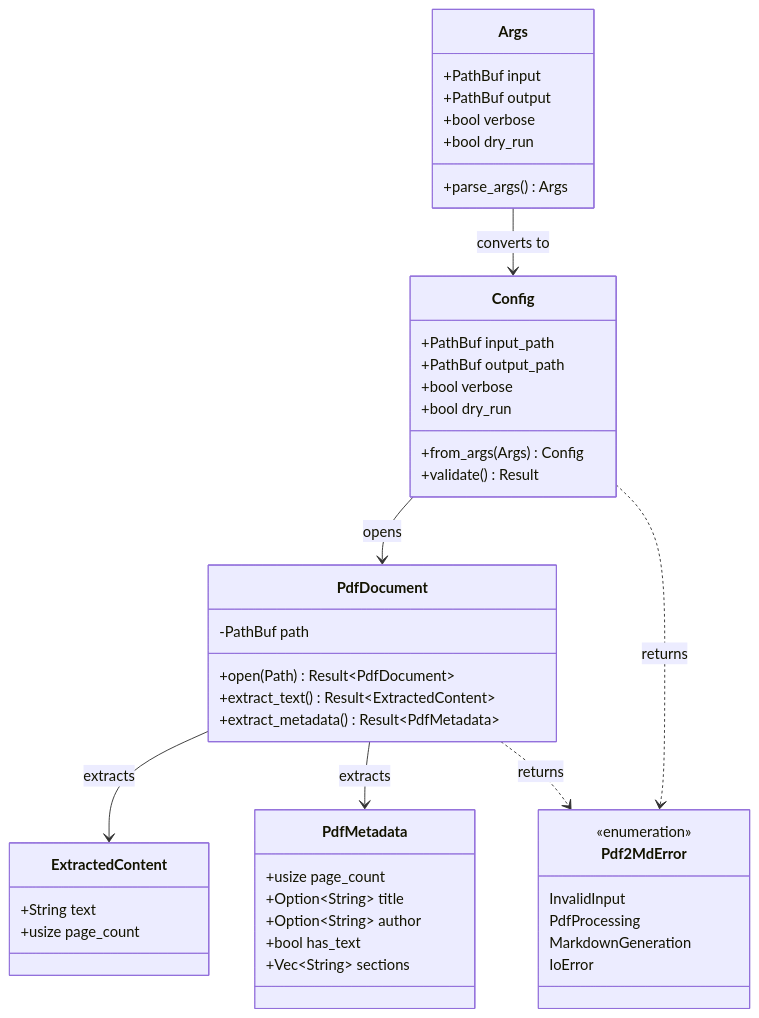
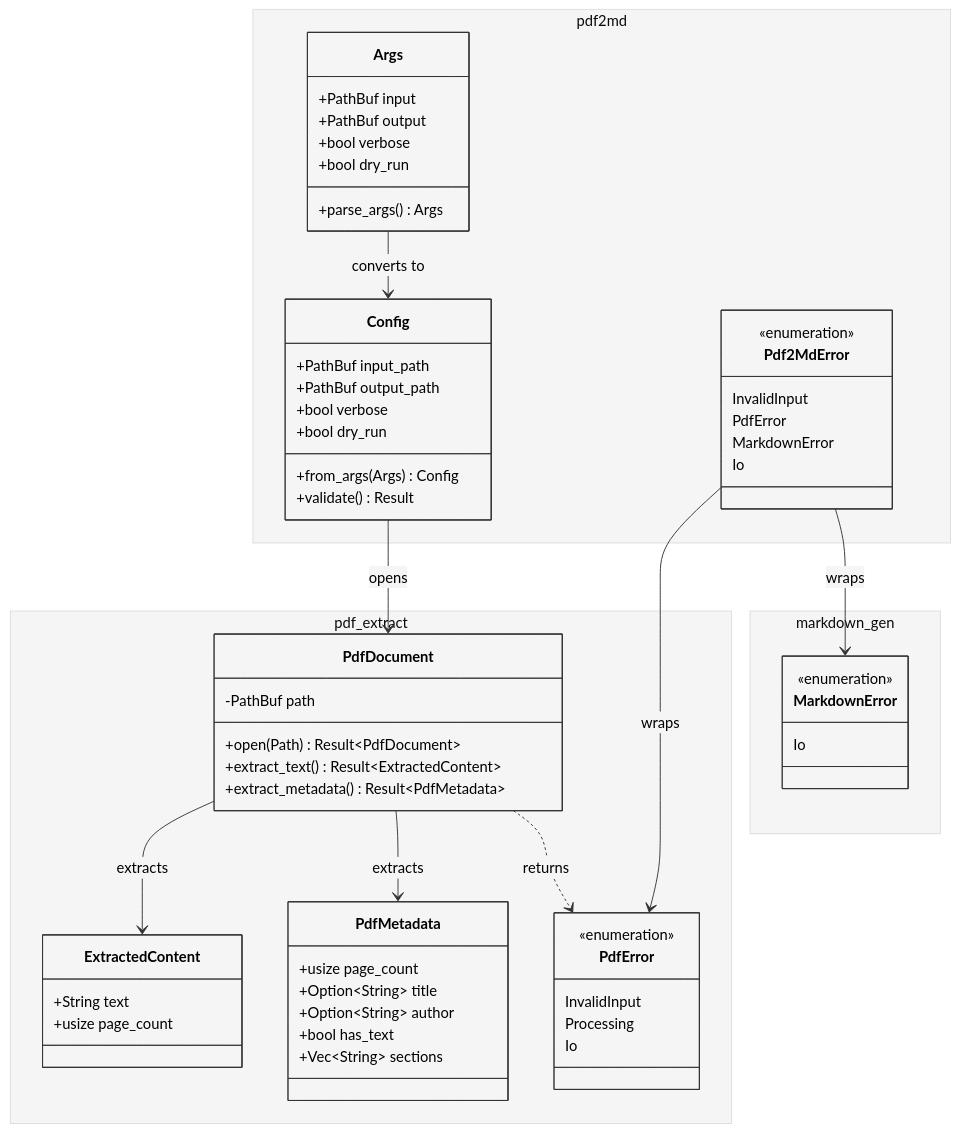
Before and after one commit to softwarewrighter/pdf2md: the fourth of 8 diagrams in wiki/Architecture-Diagrams.md, drawn with Mermaid. The commit also changed other lines of this file and 12 other files, not shown here.

First line of the commit message:
docs: update wiki and docs for workspace architecture

````diff
--- a/wiki/Architecture-Diagrams.md
+++ b/wiki/Architecture-Diagrams.md
@@ -165,54 +178,74 @@
 ```mermaid
+%%{init: {'theme':'base', 'themeVariables': {'primaryColor':'#f5f5f5','primaryTextColor':'#000','primaryBorderColor':'#333','lineColor':'#333','secondaryColor':'#f5f5f5','tertiaryColor':'#f5f5f5'}}}%%
 classDiagram
-    class Args {
-        +PathBuf input
-        +PathBuf output
-        +bool verbose
-        +bool dry_run
-        +parse_args() Args
+    namespace pdf2md {
+        class Args {
+            +PathBuf input
+            +PathBuf output
+            +bool verbose
+            +bool dry_run
+            +parse_args() Args
+        }
+
+        class Config {
+            +PathBuf input_path
+            +PathBuf output_path
+            +bool verbose
+            +bool dry_run
+            +from_args(Args) Config
+            +validate() Result
+        }
+
+        class Pdf2MdError {
+            <<enumeration>>
+            InvalidInput
+            PdfError
+            MarkdownError
+            Io
+        }
     }
 
-    class Config {
-        +PathBuf input_path
-        +PathBuf output_path
-        +bool verbose
-        +bool dry_run
-        +from_args(Args) Config
-        +validate() Result
+    namespace pdf_extract {
+        class PdfDocument {
+            -PathBuf path
+            +open(Path) Result~PdfDocument~
+            +extract_text() Result~ExtractedContent~
+            +extract_metadata() Result~PdfMetadata~
+        }
+
+        class ExtractedContent {
+            +String text
+            +usize page_count
+        }
+
+        class PdfMetadata {
+            +usize page_count
+            +Option~String~ title
+            +Option~String~ author
+            +bool has_text
+            +Vec~String~ sections
+        }
+
+        class PdfError {
+            <<enumeration>>
+            InvalidInput
+            Processing
+            Io
+        }
     }
 
-    class PdfDocument {
-        -PathBuf path
-        +open(Path) Result~PdfDocument~
-        +extract_text() Result~ExtractedContent~
-        +extract_metadata() Result~PdfMetadata~
-    }
-
-    class ExtractedContent {
-        +String text
-        +usize page_count
-    }
-
-    class PdfMetadata {
-        +usize page_count
-        +Option~String~ title
-        +Option~String~ author
-        +bool has_text
-        +Vec~String~ sections
-    }
-
-    class Pdf2MdError {
-        <<enumeration>>
-        InvalidInput
-        PdfProcessing
-        MarkdownGeneration
-        IoError
+    namespace markdown_gen {
+        class MarkdownError {
+            <<enumeration>>
+            Io
+        }
     }
 
     Args --> Config : converts to
     Config --> PdfDocument : opens
     PdfDocument --> ExtractedContent : extracts
     PdfDocument --> PdfMetadata : extracts
-    Config ..> Pdf2MdError : returns
-    PdfDocument ..> Pdf2MdError : returns
+    PdfDocument ..> PdfError : returns
+    Pdf2MdError --> PdfError : wraps
+    Pdf2MdError --> MarkdownError : wraps
 ```
````
